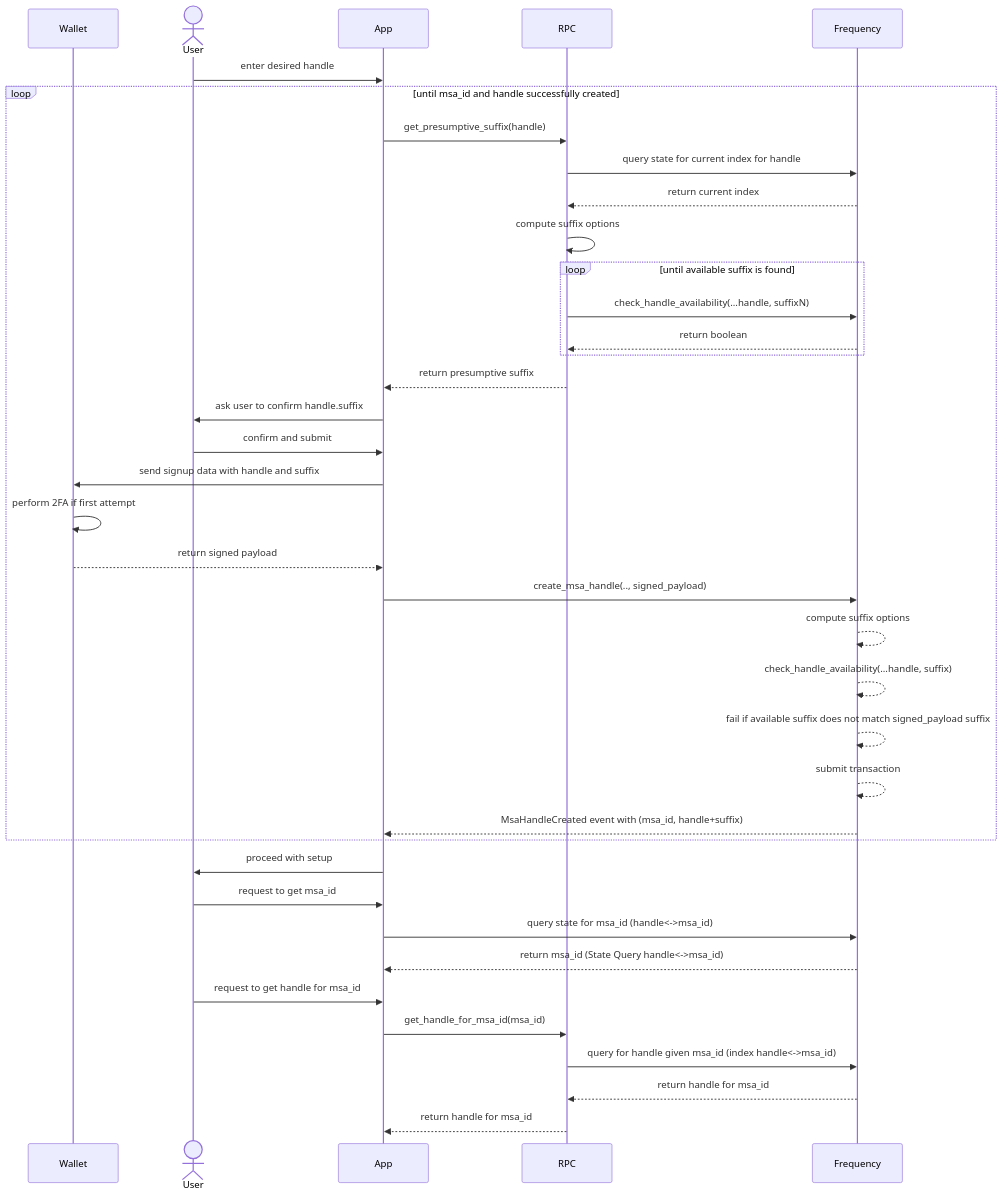
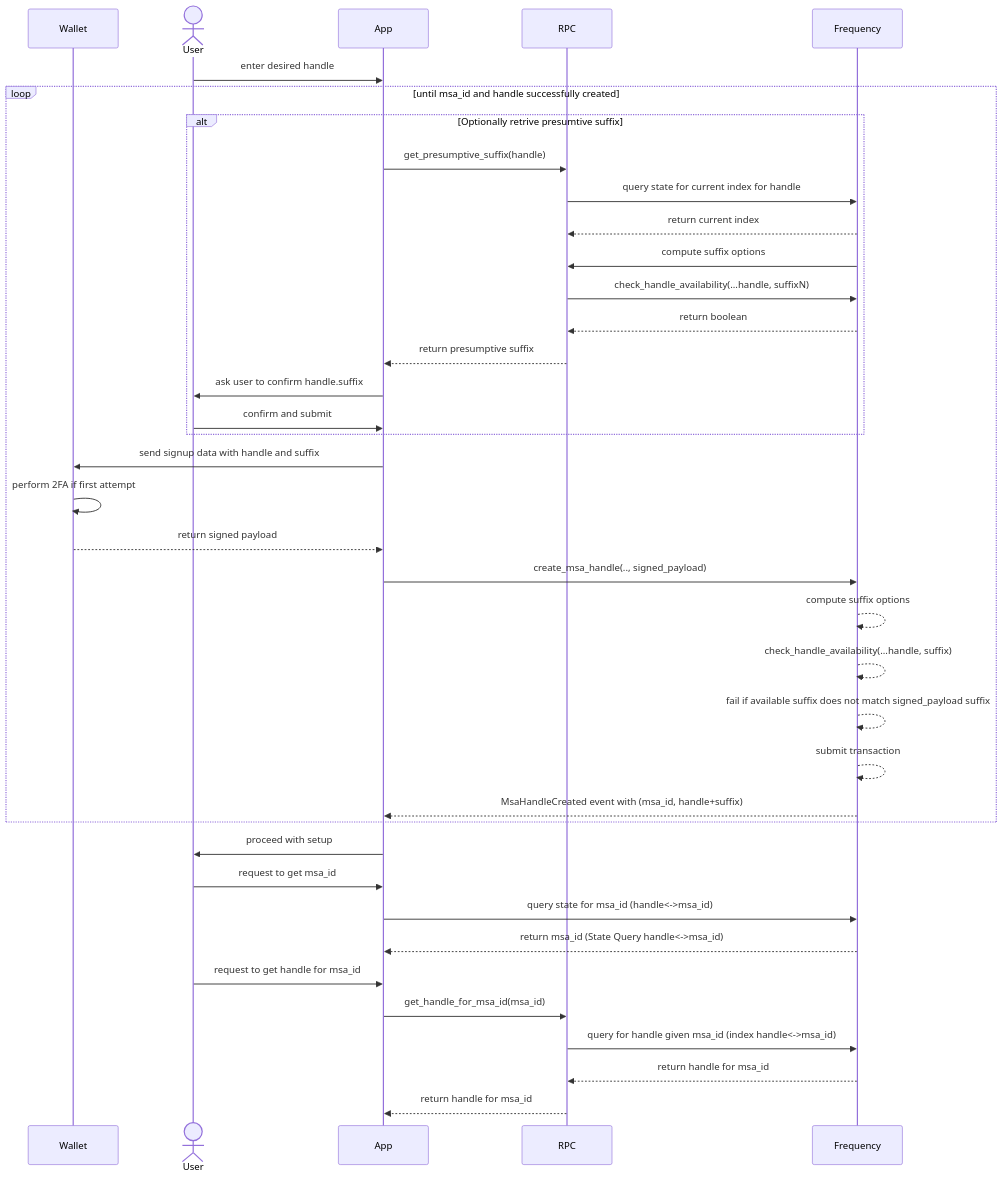
One commit to frequency-chain/frequency changed the first of 2 diagrams in designdocs/user-handles.md. Above: the diagram before and after it, drawn with Mermaid.

Commit message:
cleanup design doc

````diff
--- a/designdocs/user-handles.md
+++ b/designdocs/user-handles.md
@@ -68,40 +68,40 @@
 ```mermaid
 sequenceDiagram
     participant Wallet
     actor User
     participant App
     participant RPC
     participant Frequency
     User->>App: enter desired handle
     loop until msa_id and handle successfully created
+        alt Optionally retrive presumtive suffix
         App->>RPC: get_presumptive_suffix(handle)
         RPC->>Frequency: query state for current index for handle
         Frequency-->>RPC: return current index
-        RPC->>RPC: compute suffix options
-        loop until available suffix is found
+        Frequency->>RPC: compute suffix options
             RPC->>Frequency: check_handle_availability(...handle, suffixN)
             Frequency-->>RPC: return boolean
-        end
         RPC-->>App: return presumptive suffix
         App->>User: ask user to confirm handle.suffix
         User->>App: confirm and submit
+        end
         App->>Wallet: send signup data with handle and suffix
         Wallet->>Wallet: perform 2FA if first attempt
         Wallet-->>App: return signed payload
         App->>Frequency: create_msa_handle(.., signed_payload)
         Frequency-->>Frequency: compute suffix options
         Frequency-->>Frequency: check_handle_availability(...handle, suffix)
         Frequency-->>Frequency: fail if available suffix does not match signed_payload suffix
         Frequency-->>Frequency: submit transaction
         Frequency-->>App: MsaHandleCreated event with (msa_id, handle+suffix)
     end
     App->>User: proceed with setup
     User->>App: request to get msa_id
     App->>Frequency: query state for msa_id (handle<->msa_id)
     Frequency-->>App: return msa_id (State Query handle<->msa_id)
     User->>App: request to get handle for msa_id
     App->>RPC: get_handle_for_msa_id(msa_id)
     RPC->>Frequency: query for handle given msa_id (index handle<->msa_id)
     Frequency-->>RPC: return handle for msa_id
     RPC-->>App: return handle for msa_id
 ```
````
